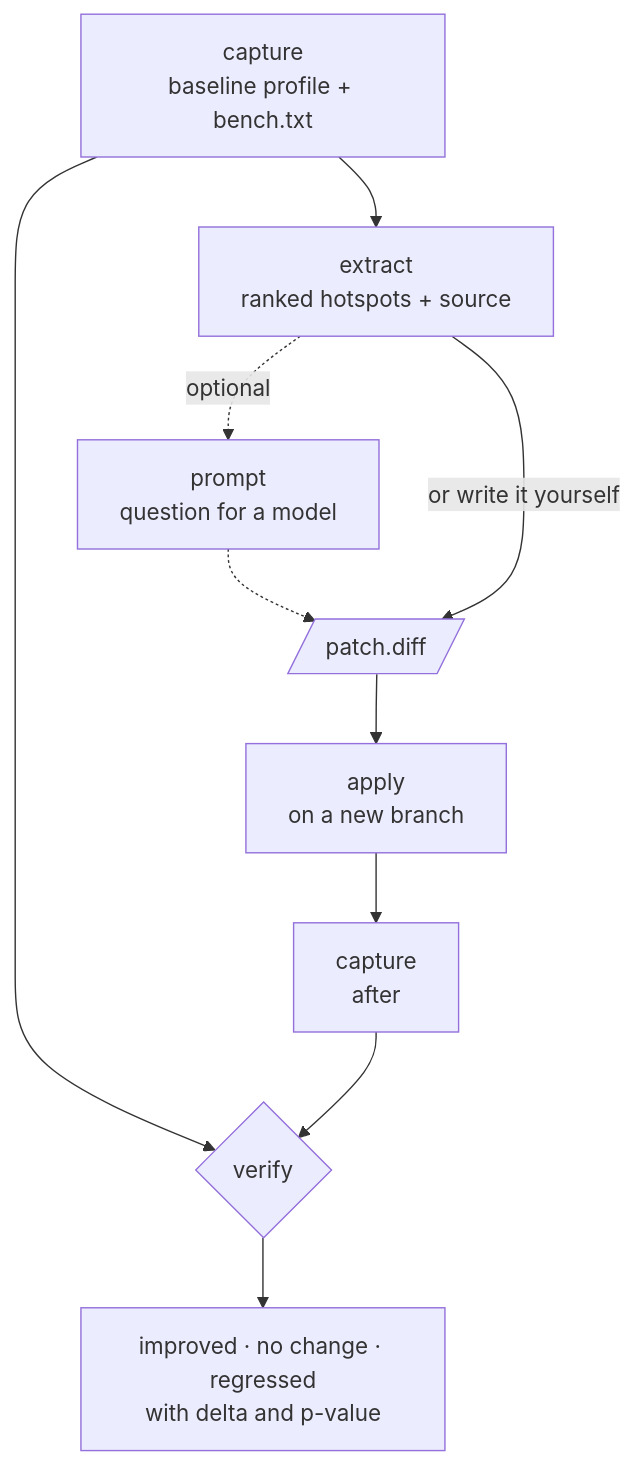
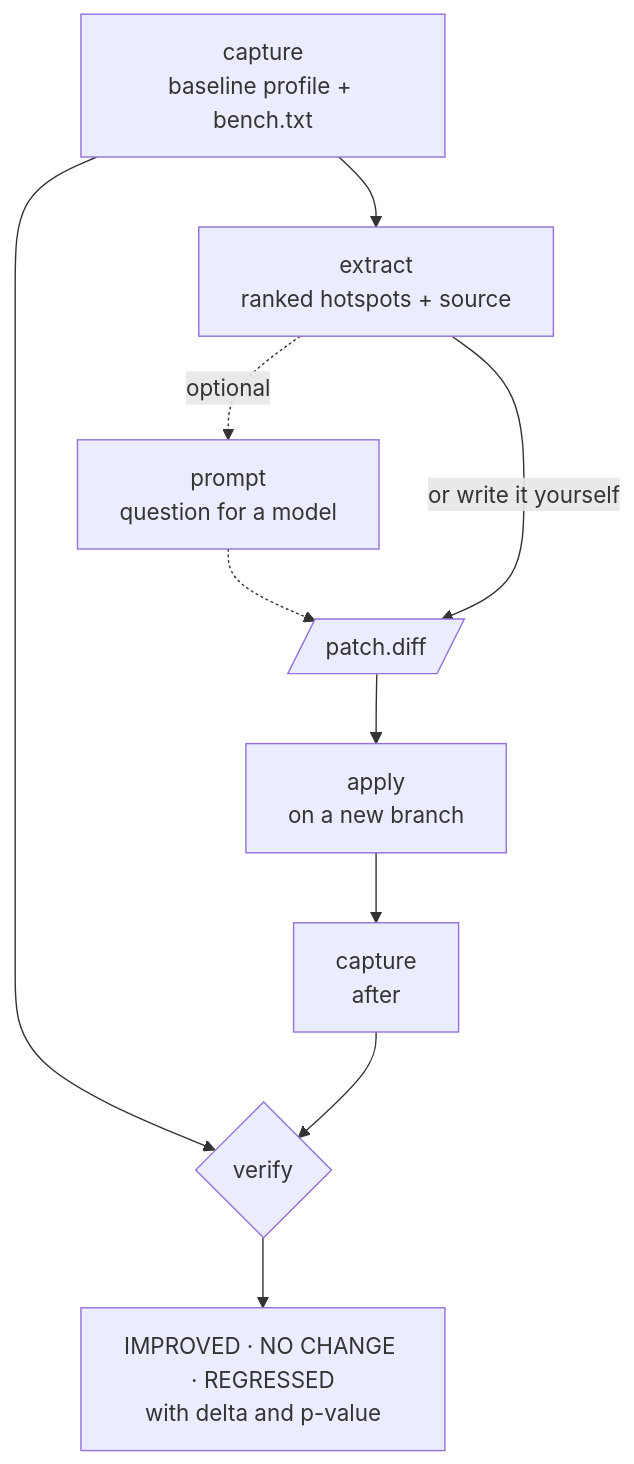
The diagram in src/content/projects/pprof-advisor.md (joaolaureano/portfolio), drawn with Mermaid before and after one commit. The commit also changed other lines of this file, not shown here.

````diff
--- a/src/content/projects/pprof-advisor.md
+++ b/src/content/projects/pprof-advisor.md
@@ -31,12 +31,12 @@
 ```mermaid
 flowchart TD
     C1[capture<br/>baseline profile + bench.txt] --> X[extract<br/>ranked hotspots + source]
     X -.->|optional| P[prompt<br/>question for a model]
     P -.-> D[/patch.diff/]
     X -->|or write it yourself| D
     D --> A[apply<br/>on a new branch]
     A --> C2[capture<br/>after]
     C1 --> V{verify}
     C2 --> V
-    V --> R[improved · no change · regressed<br/>with delta and p-value]
+    V --> R[IMPROVED · NO CHANGE · REGRESSED<br/>with delta and p-value]
 ```
````
